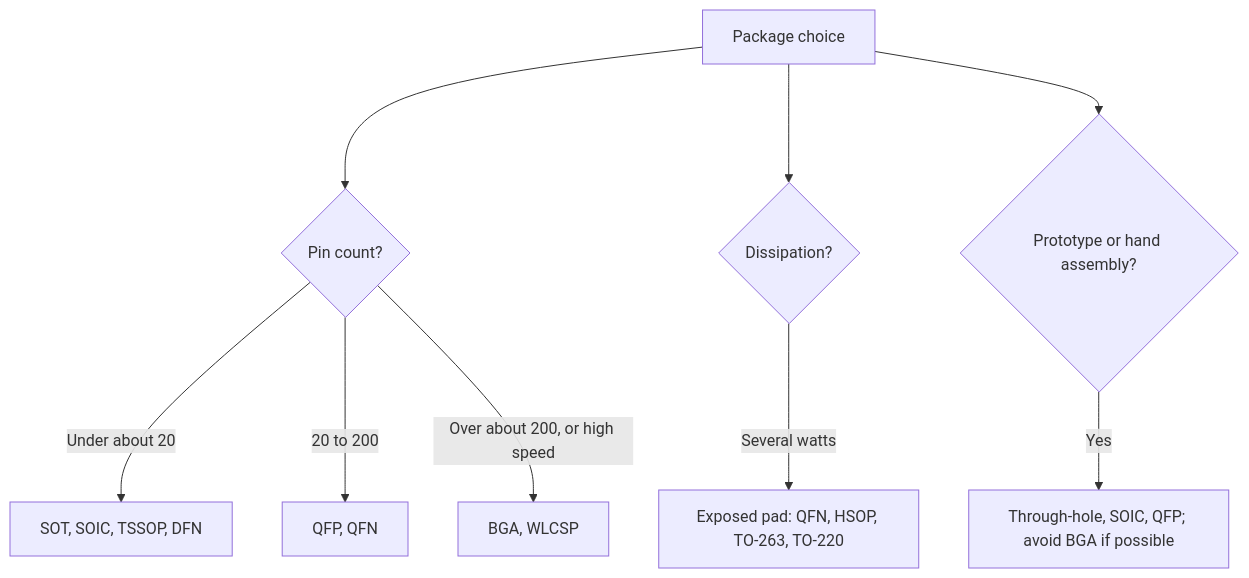
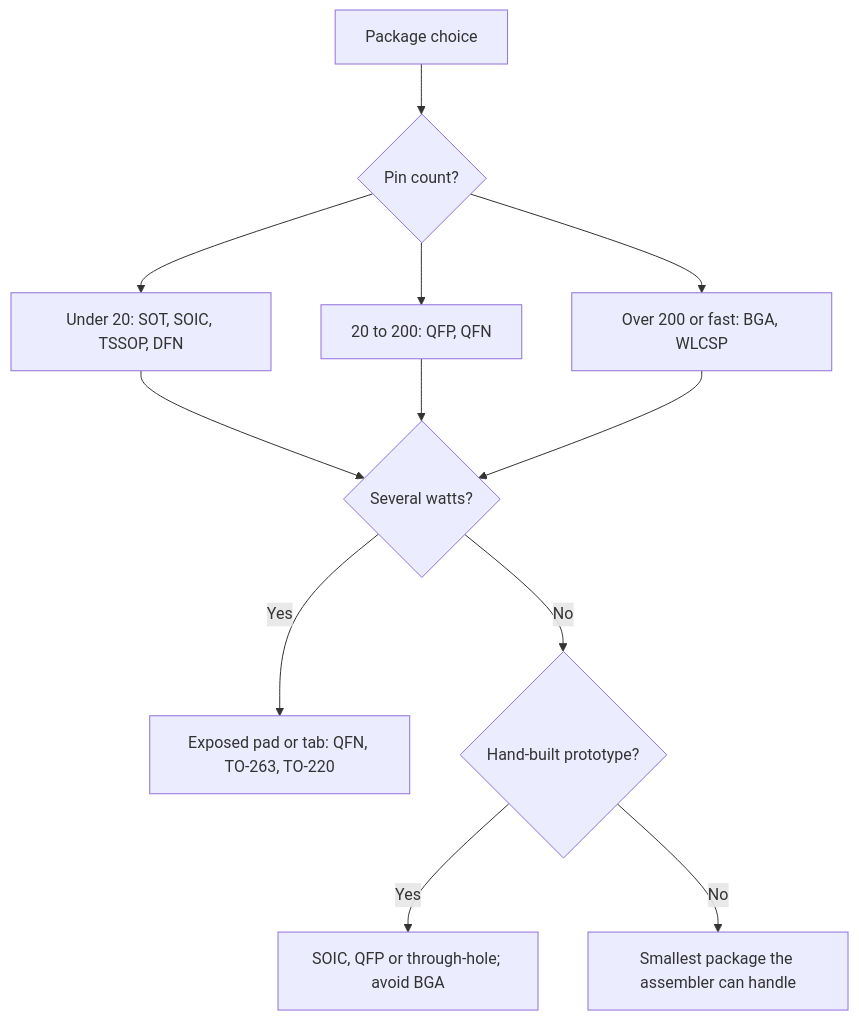
One commit to atallm7/monty-prep changed the diagram in content/questions/q0642.md. Above: the diagram before and after it, drawn with Mermaid. The commit also changed other lines of this file and 42 other files, not shown here.

````diff
--- a/content/questions/q0642.md
+++ b/content/questions/q0642.md
@@ -119,11 +119,14 @@
 ```mermaid
 flowchart TB
   P["Package choice"] --> Q1{"Pin count?"}
-  Q1 -- "Under about 20" --> A["SOT, SOIC, TSSOP, DFN"]
-  Q1 -- "20 to 200" --> B["QFP, QFN"]
-  Q1 -- "Over about 200, or high speed" --> C["BGA, WLCSP"]
-  P --> Q2{"Dissipation?"}
-  Q2 -- "Several watts" --> D["Exposed pad: QFN, HSOP, TO-263, TO-220"]
-  P --> Q3{"Prototype or hand assembly?"}
-  Q3 -- "Yes" --> E["Through-hole, SOIC, QFP; avoid BGA if possible"]
+  Q1 --> A["Under 20: SOT, SOIC, TSSOP, DFN"]
+  Q1 --> B["20 to 200: QFP, QFN"]
+  Q1 --> C["Over 200 or fast: BGA, WLCSP"]
+  A --> Q2{"Several watts?"}
+  B --> Q2
+  C --> Q2
+  Q2 -- "Yes" --> D["Exposed pad or tab: QFN, TO-263, TO-220"]
+  Q2 -- "No" --> Q3{"Hand-built prototype?"}
+  Q3 -- "Yes" --> E["SOIC, QFP or through-hole; avoid BGA"]
+  Q3 -- "No" --> F["Smallest package the assembler can handle"]
 ```
````
